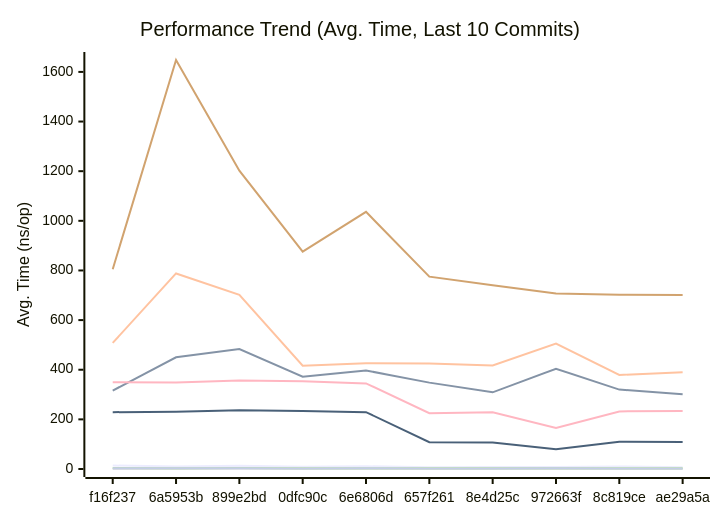
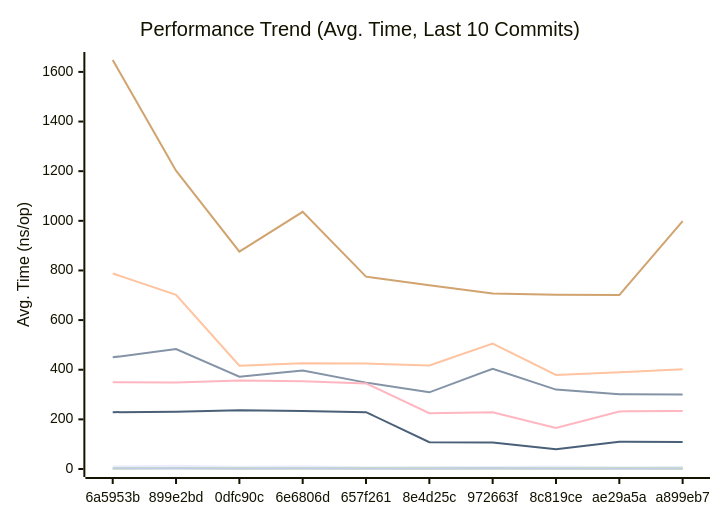
Before and after one commit to alsotoes/momo: the first of 3 diagrams in docs/PERFORMANCE.md, drawn with Mermaid. The commit also changed other lines of this file and 2 other files, not shown here.

````diff
--- a/docs/PERFORMANCE.md
+++ b/docs/PERFORMANCE.md
@@ -80,16 +80,16 @@
 ```mermaid
 xychart-beta
     title "Performance Trend (Avg. Time, Last 10 Commits)"
     x-axis "Commit"
     y-axis "Avg. Time (ns/op)"
-    x-axis [f16f237,6a5953b,899e2bd,0dfc90c,6e6806d,657f261,8e4d25c,972663f,8c819ce,ae29a5a]
-    line "CheckMetricsAndSwap" [14,10,13,9,11,7,8,8,10,7]
-    line "CrushOptimized" [316,450,483,372,397,348,309,404,320,301]
-    line "CrushOriginal" [508,788,702,416,426,425,417,505,379,390]
-    line "IndexDirectTracking" [0,0,1,0,0,0,0,0,0,0]
-    line "IndexSearch" [4,3,4,3,3,3,3,3,3,3]
-    line "LoadGlobalConfig" [805,1648,1202,876,1036,775,740,707,702,701]
-    line "PadString" [3,3,3,2,3,2,2,3,2,2]
+    x-axis [6a5953b,899e2bd,0dfc90c,6e6806d,657f261,8e4d25c,972663f,8c819ce,ae29a5a,a899eb7]
+    line "CheckMetricsAndSwap" [10,13,9,11,7,8,8,10,7,8]
+    line "CrushOptimized" [450,483,372,397,348,309,404,320,301,300]
+    line "CrushOriginal" [788,702,416,426,425,417,505,379,390,402]
+    line "IndexDirectTracking" [0,1,0,0,0,0,0,0,0,0]
+    line "IndexSearch" [3,4,3,3,3,3,3,3,3,3]
+    line "LoadGlobalConfig" [1648,1202,876,1036,775,740,707,702,701,999]
+    line "PadString" [3,3,2,3,2,2,3,2,2,2]
     line "ParseReplicationOrder_NoPrealloc" [350,349,357,354,345,225,229,165,232,234]
     line "ParseReplicationOrder_Prealloc" [229,231,237,234,229,108,107,80,110,109]
 ```
````
